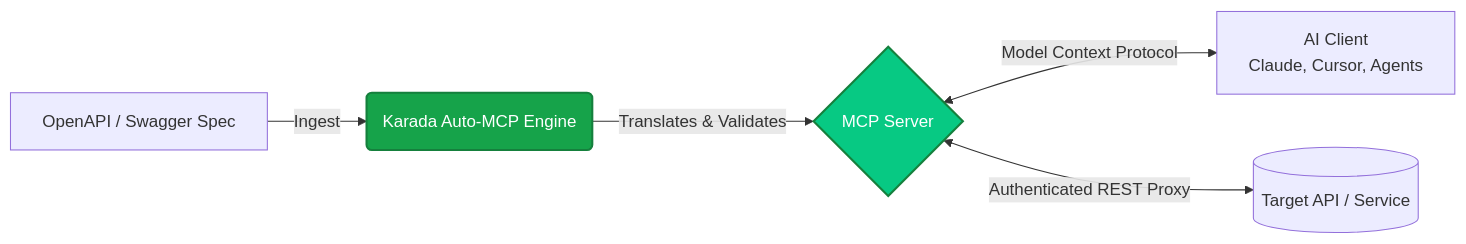
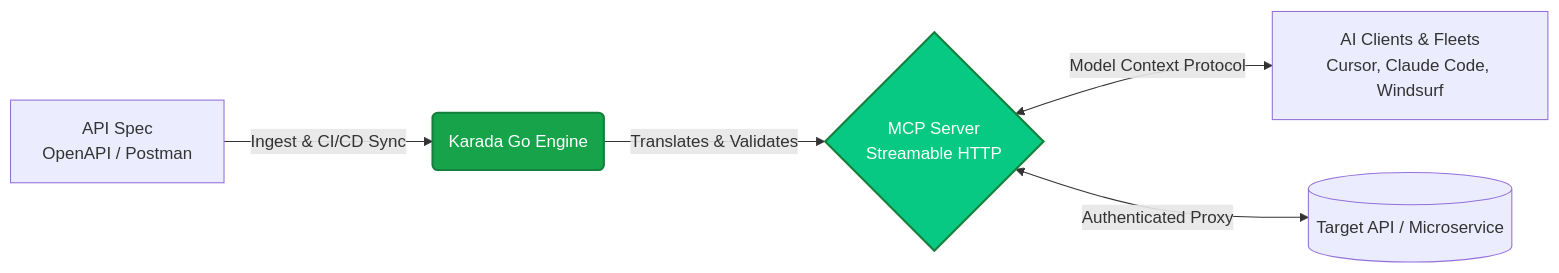
The diagram in features/auto-mcp.mdx (shashtag-ventures/karada-docs), drawn with Mermaid before and after one commit. The commit also changed other lines of this file and 9 other files, not shown here.

Commit message:
feat(docs): update documentation architecture, navigation, and feature guides to 4-layer ecosystem platform

````diff
--- a/features/auto-mcp.mdx
+++ b/features/auto-mcp.mdx
@@ -22,10 +20,10 @@
 ```mermaid
 flowchart LR
-    A[OpenAPI / Swagger Spec] -->|Ingest| B(Karada Auto-MCP Engine)
-    B -->|Translates & Validates| C{MCP Server}
-    C <-->|Model Context Protocol| D[AI Client<br>Claude, Cursor, Agents]
-    C <-->|Authenticated REST Proxy| E[(Target API / Service)]
+    A[API Spec<br>OpenAPI / Postman] -->|Ingest & CI/CD Sync| B(Karada Go Engine)
+    B -->|Translates & Validates| C{MCP Server<br>Streamable HTTP}
+    C <-->|Model Context Protocol| D[AI Clients & Fleets<br>Cursor, Claude Code, Windsurf]
+    C <-->|Authenticated Proxy| E[(Target API / Microservice)]
     
     style B fill:#16A34A,stroke:#15803D,stroke-width:2px,color:#fff
     style C fill:#07C983,stroke:#15803D,stroke-width:2px,color:#fff
 ```
````
